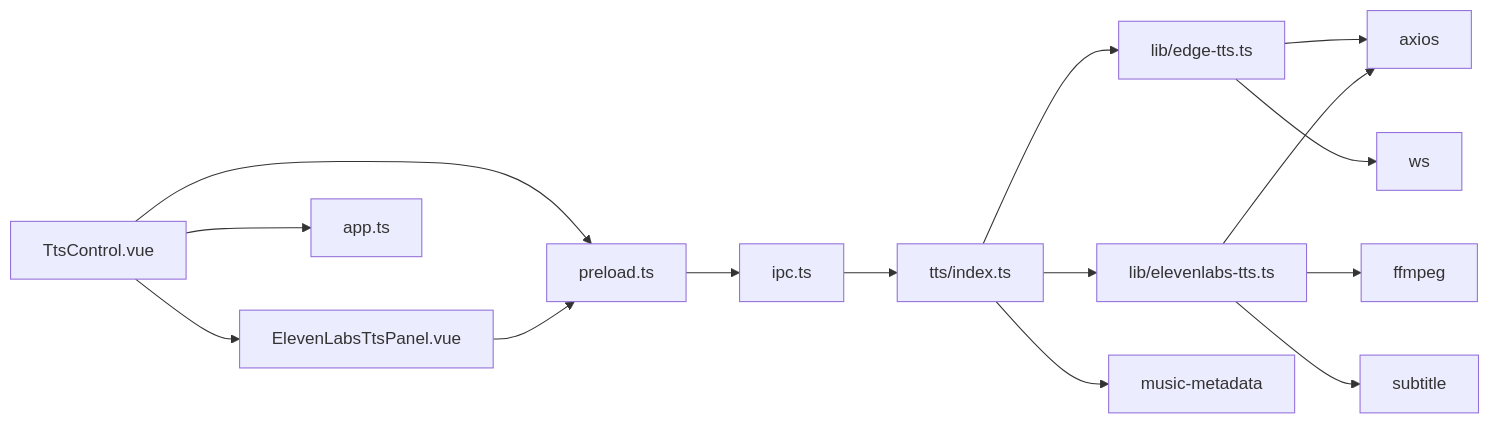
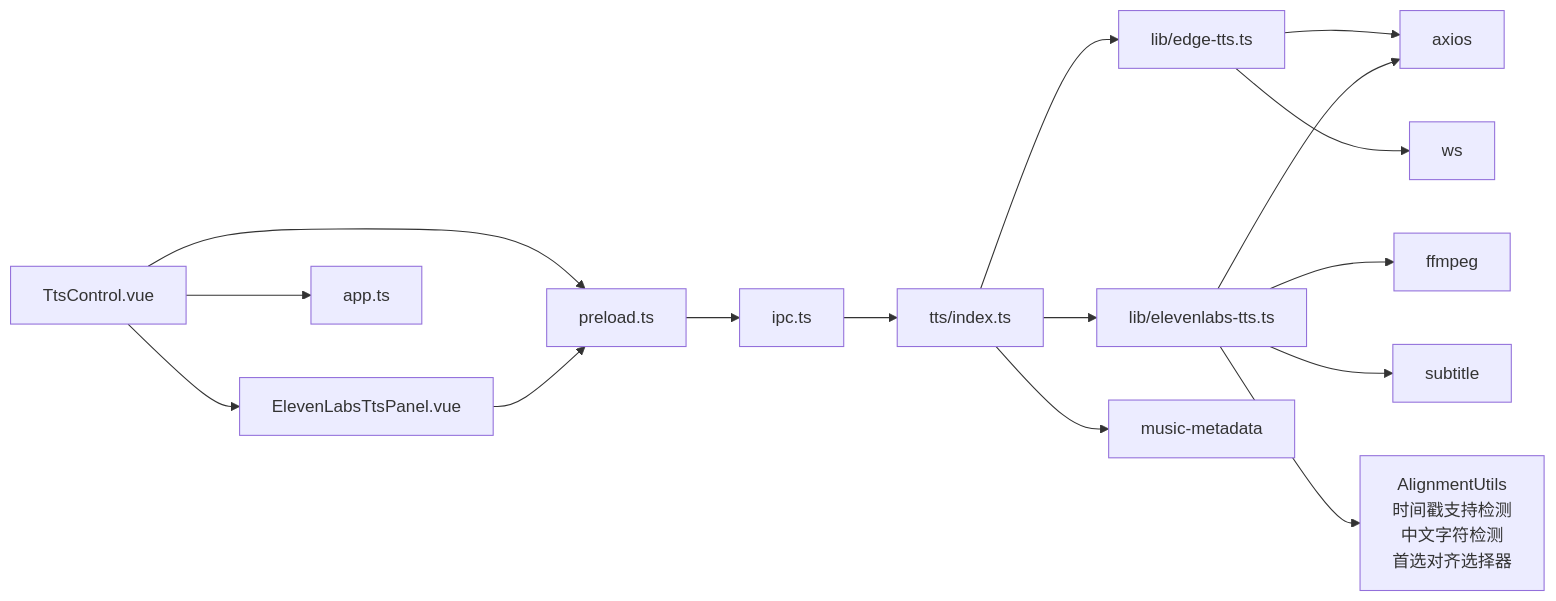
The eighth of 8 diagrams in .qoder/repowiki/zh/content/核心功能模块/语音合成系统.md (torans/crow.video), drawn with Mermaid before and after one commit. The commit also changed other lines of this file and 7 other files, not shown here.

````diff
--- a/.qoder/repowiki/zh/content/核心功能模块/语音合成系统.md
+++ b/.qoder/repowiki/zh/content/核心功能模块/语音合成系统.md
@@ -412,17 +451,18 @@
 ```mermaid
 graph LR
 UI["TtsControl.vue"] --> Panel["ElevenLabsTtsPanel.vue"]
 UI --> Store["app.ts"]
 UI --> Preload["preload.ts"]
 Panel --> Preload
 Preload --> IPC["ipc.ts"]
 IPC --> TTS["tts/index.ts"]
 TTS --> EdgeEngine["lib/edge-tts.ts"]
 TTS --> ElevenEngine["lib/elevenlabs-tts.ts"]
 EdgeEngine --> Axios["axios"]
 EdgeEngine --> WS["ws"]
 ElevenEngine --> Axios
 ElevenEngine --> FFmpeg["ffmpeg"]
 TTS --> Meta["music-metadata"]
 ElevenEngine --> Sub["subtitle"]
+ElevenEngine --> AlignUtils["AlignmentUtils<br/>时间戳支持检测<br/>中文字符检测<br/>首选对齐选择器"]
 ```
````
